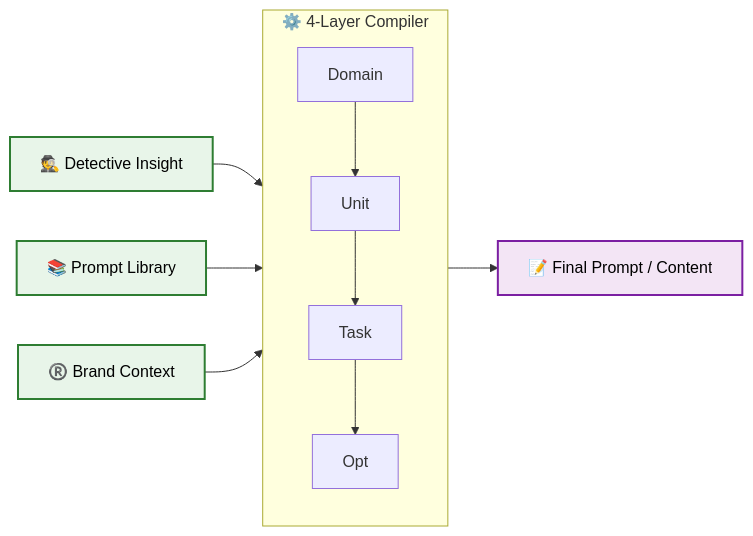
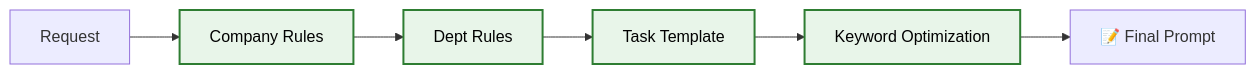
The fourth of 4 diagrams in docs/ECOSYSTEM_NODES_MAP.md (Daniel-LeTC/AI_market_intel_platform), drawn with Mermaid before and after one commit. The commit also changed other lines of this file, not shown here.

Commit message:
docs: consolidate AI Ecosystem Map into Master Architecture (Executive, Architect, Engineer views)

````diff
--- a/docs/ECOSYSTEM_NODES_MAP.md
+++ b/docs/ECOSYSTEM_NODES_MAP.md
@@ -132,23 +178,10 @@
 ```mermaid
 graph LR
     classDef ctx fill:#e8f5e9,stroke:#2e7d32,stroke-width:2px,color:#000;
-    classDef eng fill:#f3e5f5,stroke:#7b1fa2,stroke-width:2px,color:#000;
-
-    Insight["🕵️ Detective Insight"]:::ctx
-    Lib["📚 Prompt Library"]:::ctx
-    Registry["®️ Brand Context"]:::ctx
     
-    subgraph COMPILER ["⚙️ 4-Layer Compiler"]
-        direction TB
-        L1[Domain] --> L2[Unit]
-        L2 --> L3[Task]
-        L3 --> L4[Opt]
-    end
-    
-    Output["📝 Final Prompt / Content"]:::eng
-
-    Insight --> COMPILER
-    Lib --> COMPILER
-    Registry --> COMPILER
-    COMPILER --> Output
+    Req["Request"] --> L1["Company Rules"]:::ctx
+    L1 --> L2["Dept Rules"]:::ctx
+    L2 --> L3["Task Template"]:::ctx
+    L3 --> L4["Keyword Optimization"]:::ctx
+    L4 --> Final["📝 Final Prompt"]
 ```
````
